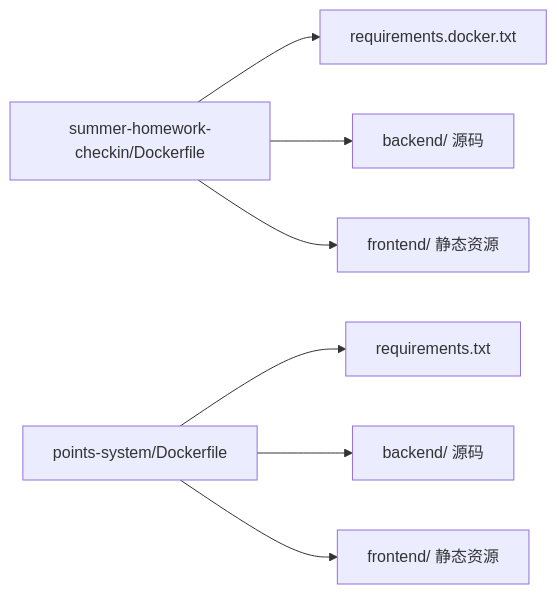
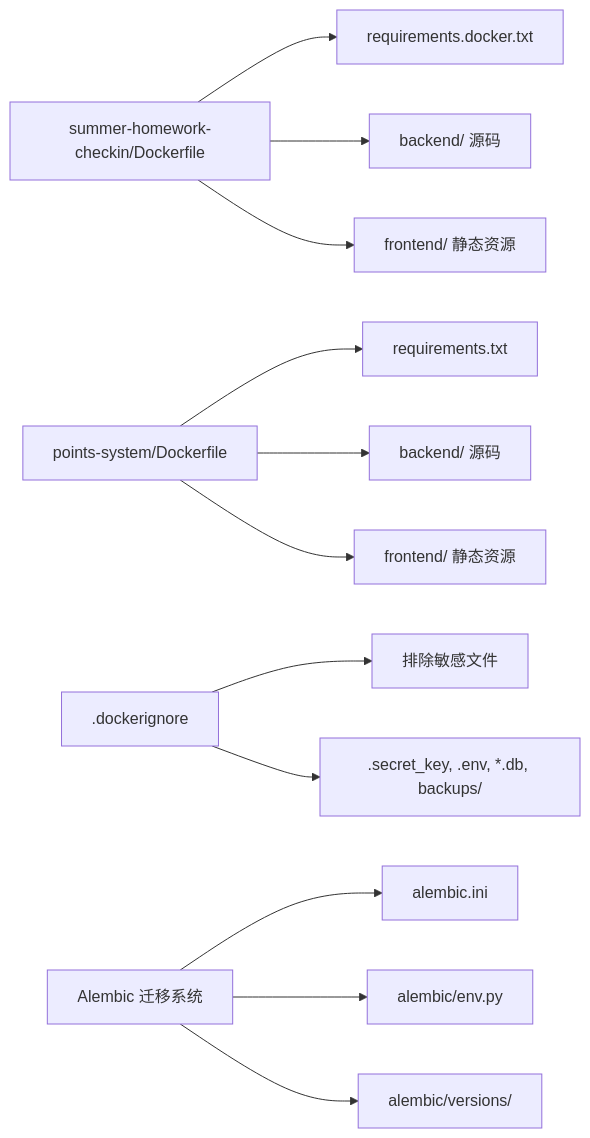
The fifth of 5 diagrams in .qoder/repowiki/zh/content/部署与运维指南/Docker容器化部署.md (onebody/homework), drawn with Mermaid before and after one commit. The commit also changed other lines of this file and 9 other files, not shown here.

````diff
--- a/.qoder/repowiki/zh/content/部署与运维指南/Docker容器化部署.md
+++ b/.qoder/repowiki/zh/content/部署与运维指南/Docker容器化部署.md
@@ -231,9 +280,14 @@
 ```mermaid
 graph LR
 A["summer-homework-checkin/Dockerfile"] --> B["requirements.docker.txt"]
 A --> C["backend/ 源码"]
 A --> D["frontend/ 静态资源"]
 E["points-system/Dockerfile"] --> F["requirements.txt"]
 E --> G["backend/ 源码"]
 E --> H["frontend/ 静态资源"]
+I[".dockerignore"] --> J["排除敏感文件"]
+I --> K[".secret_key, .env, *.db, backups/"]
+L["Alembic 迁移系统"] --> M["alembic.ini"]
+L --> N["alembic/env.py"]
+L --> O["alembic/versions/"]
 ```
````
